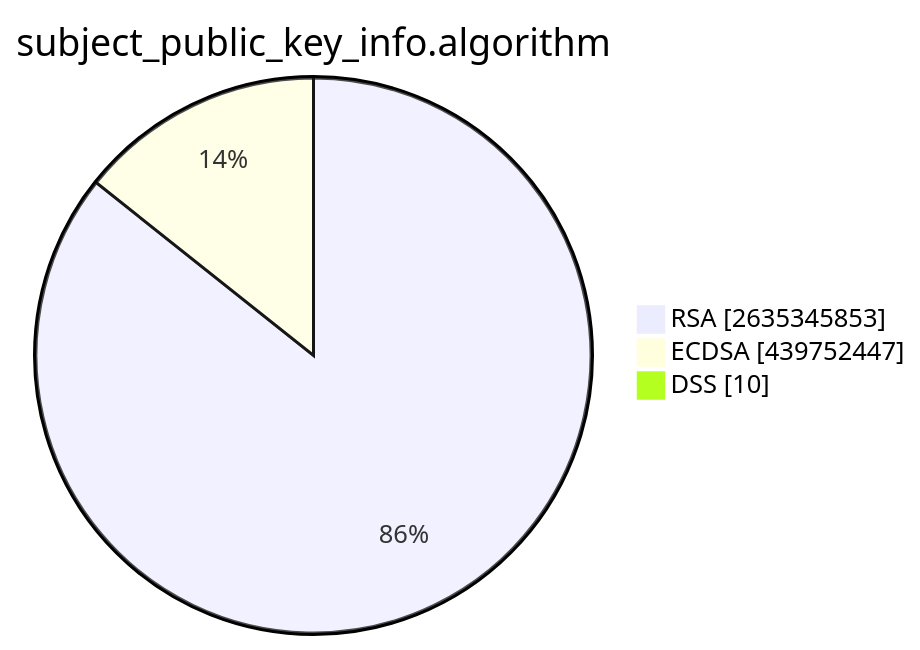
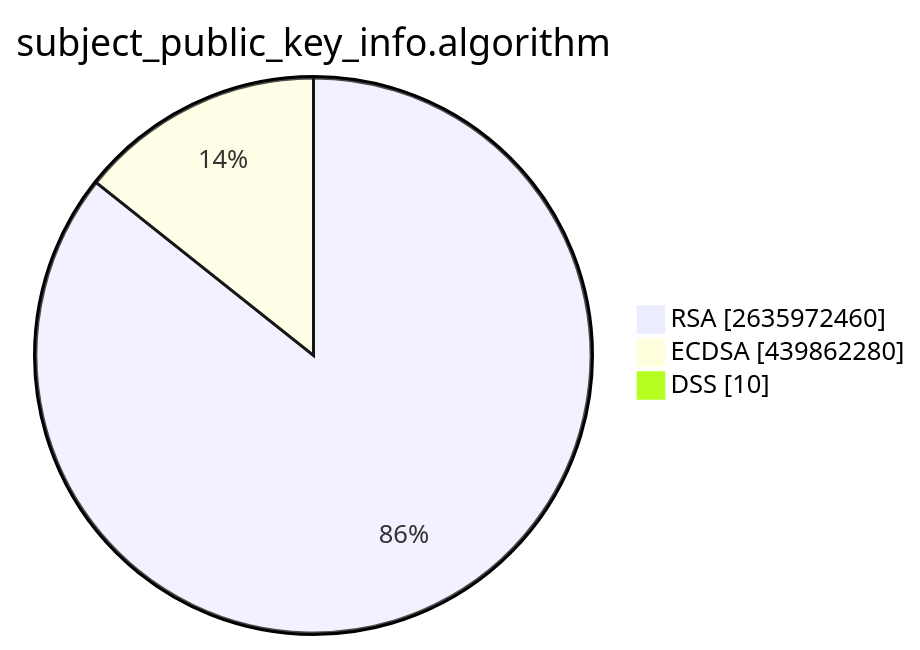
Before and after one commit to christiankrug/ctmonitor_visualization: the second of 15 diagrams in TOTAL/README.md, drawn with Mermaid. The commit also changed other lines of this file, not shown here.

````diff
--- a/TOTAL/README.md
+++ b/TOTAL/README.md
@@ -6,7 +6,7 @@
 ```mermaid
 pie showData
 title subject_public_key_info.algorithm
-"RSA" :2635345853
-"ECDSA" :439752447
+"RSA" :2635972460
+"ECDSA" :439862280
 "DSS" :10
 ```
````
